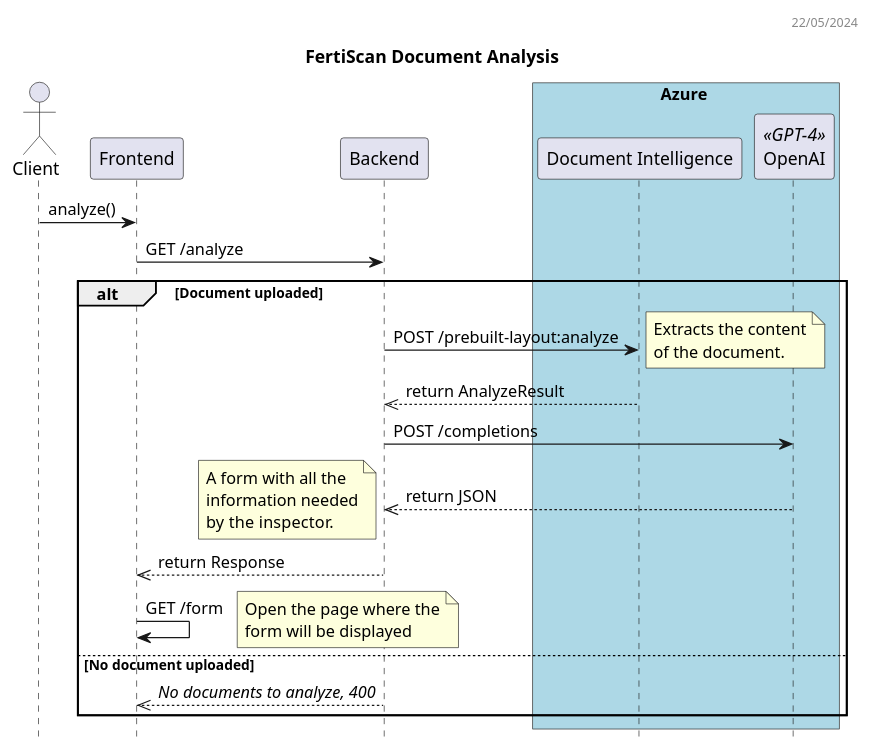
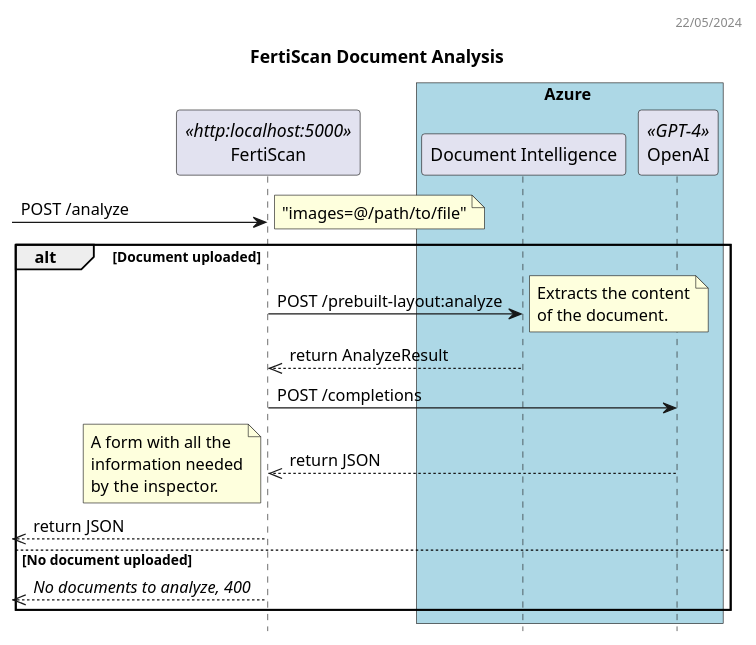
One commit to ai-cfia/fertiscan-backend changed the diagram in docs/analyze_dss.puml. Above: the diagram before and after it, drawn with PlantUML. The commit also changed 14 other files, not shown here.

```diff
--- a/docs/analyze_dss.puml
+++ b/docs/analyze_dss.puml
@@ -1,43 +1,38 @@
 @startuml Analyze DSS
 header 22/05/2024
 
 title FertiScan Document Analysis
 hide empty members
 hide footbox
 
-actor "Client" as C
-participant Frontend as F
-participant Backend as B
+participant FertiScan as BE <<http:localhost:5000>>
 box Azure #LightBlue
 participant "Document Intelligence" as D
 participant "OpenAI" as O<<GPT-4>>
 end box
 
-C -> F: analyze()
-F -> B: GET /analyze
+-> BE: POST /analyze
+note right
+    "images=@/path/to/file"
+end note
 alt Document uploaded
-B -> D: POST /prebuilt-layout:analyze
+BE -> D: POST /prebuilt-layout:analyze
 note right
 Extracts the content
 of the document.
 end note
-B <<-- D: return AnalyzeResult
-B -> O: POST /completions
-B <<-- O: return JSON
+BE <<-- D: return AnalyzeResult
+BE -> O: POST /completions
+BE <<-- O: return JSON
 note left
 A form with all the
 information needed
 by the inspector.
 end note
-F <<-- B: return Response
-F -> F: GET /form
-note right
-Open the page where the
-form will be displayed
-end note
+<<-- BE: return JSON
 else No document uploaded
-F <<-- B: //No documents to analyze, 400// 
+<<-- BE: //No documents to analyze, 400// 
 end
 
 
 @enduml
```
